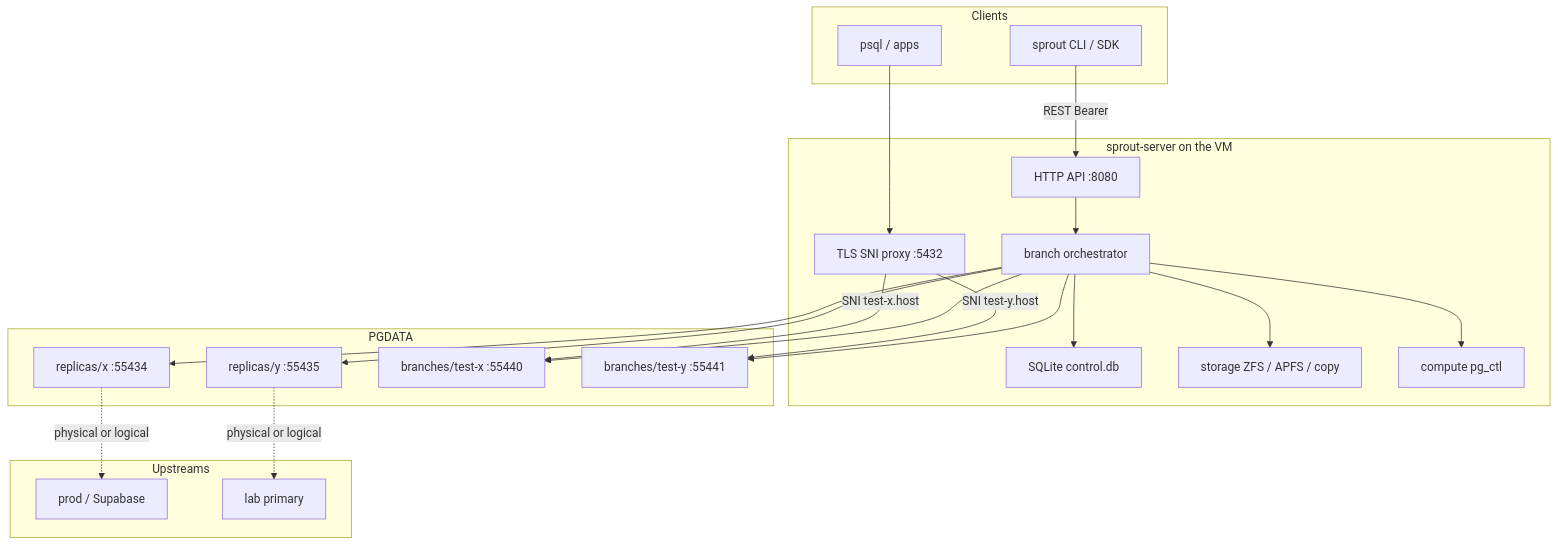
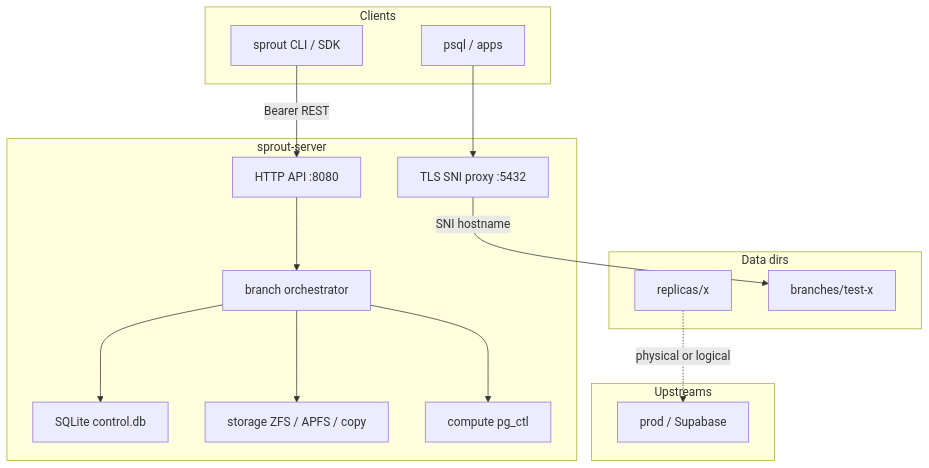
The diagram in README.md (adityaraj-09/sprout), drawn with Mermaid before and after one commit. The commit also changed other lines of this file, not shown here.

````diff
--- a/README.md
+++ b/README.md
@@ -155,43 +215,34 @@
 ```mermaid
 flowchart TB
   subgraph clients [Clients]
     CLI["sprout CLI / SDK"]
     PSQL["psql / apps"]
   end
 
-  subgraph vm ["sprout-server on the VM"]
+  subgraph vm ["sprout-server"]
     API["HTTP API :8080"]
     PX["TLS SNI proxy :5432"]
     ORCH["branch orchestrator"]
     META["SQLite control.db"]
     ST["storage ZFS / APFS / copy"]
     CMP["compute pg_ctl"]
   end
 
-  subgraph data [PGDATA]
-    RX["replicas/x :55434"]
-    RY["replicas/y :55435"]
-    BX["branches/test-x :55440"]
-    BY["branches/test-y :55441"]
+  subgraph data [Data dirs]
+    RX["replicas/x"]
+    BX["branches/test-x"]
   end
 
   subgraph up [Upstreams]
     U1["prod / Supabase"]
-    U2["lab primary"]
   end
 
-  CLI -->|REST Bearer| API
+  CLI -->|Bearer REST| API
   API --> ORCH
   ORCH --> META
   ORCH --> ST
   ORCH --> CMP
-  ORCH --> RX
-  ORCH --> RY
-  ORCH --> BX
-  ORCH --> BY
-  PX -->|"SNI test-x.host"| BX
-  PX -->|"SNI test-y.host"| BY
   PSQL --> PX
+  PX -->|SNI hostname| BX
   RX -.->|physical or logical| U1
-  RY -.->|physical or logical| U2
 ```
````
